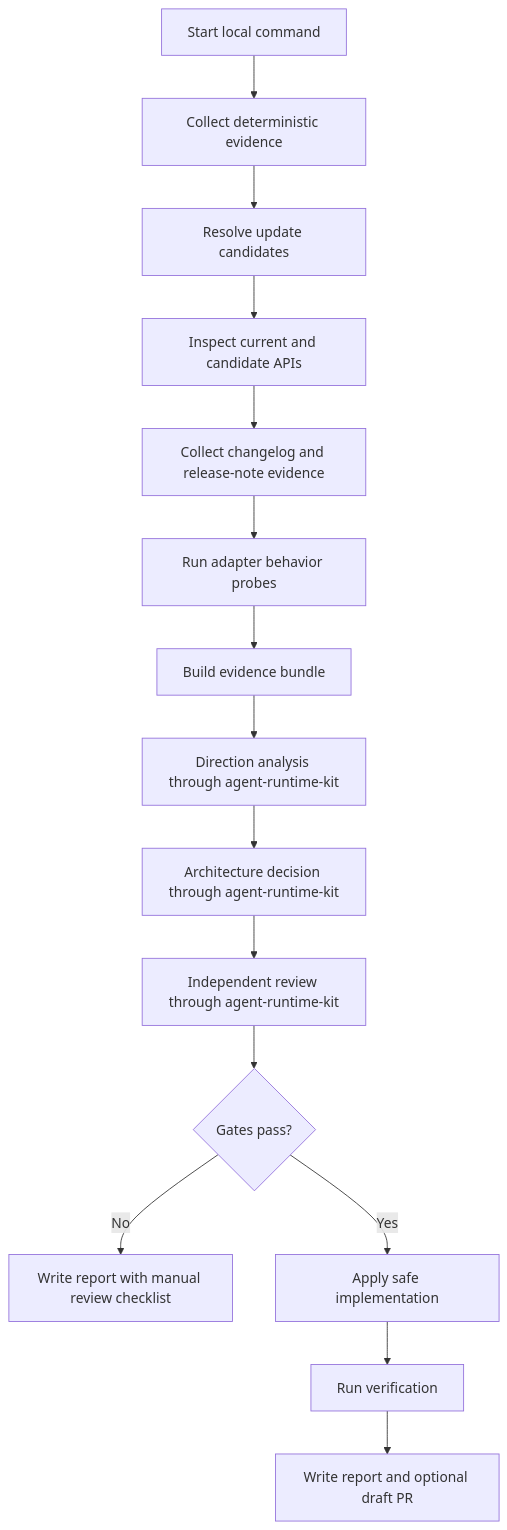
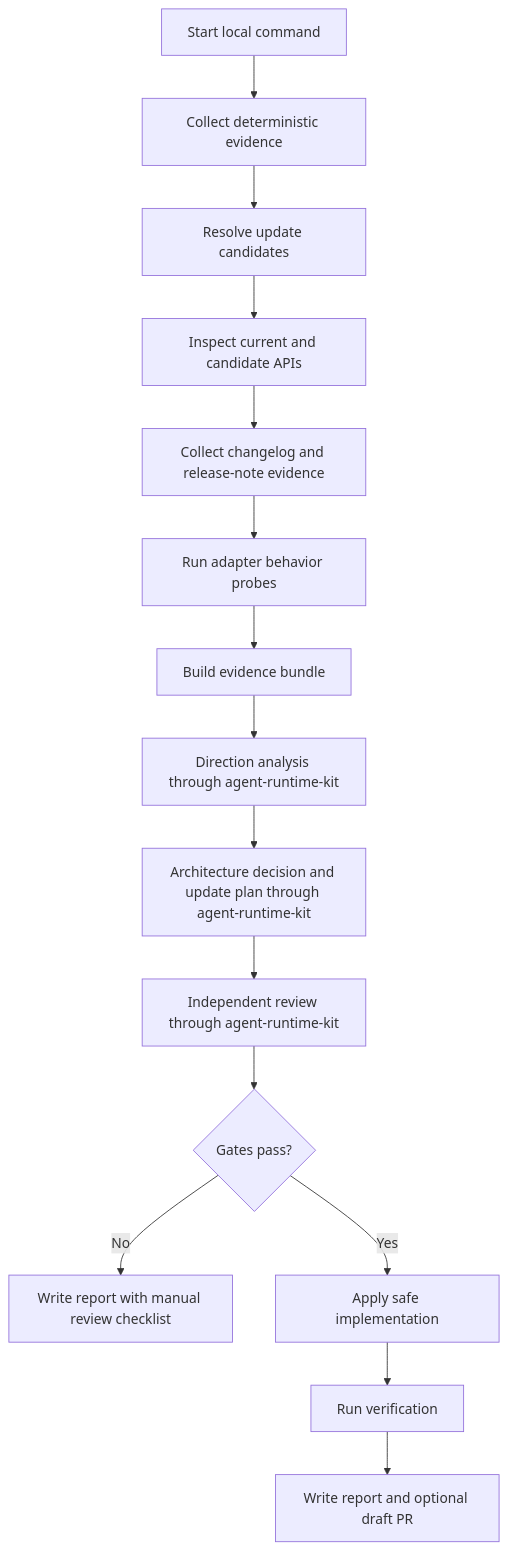
The first of 4 diagrams in docs/sdk-evolution-agent-design.md (ebarti/agent-runtime-kit), drawn with Mermaid before and after one commit. The commit also changed other lines of this file, not shown here.

Commit message:
Explain SDK evolution flow steps

````diff
--- a/docs/sdk-evolution-agent-design.md
+++ b/docs/sdk-evolution-agent-design.md
@@ -50,17 +50,17 @@
 ```mermaid
 flowchart TD
     A["Start local command"] --> B["Collect deterministic evidence"]
     B --> C["Resolve update candidates"]
     C --> D["Inspect current and candidate APIs"]
     D --> E["Collect changelog and release-note evidence"]
     E --> F["Run adapter behavior probes"]
     F --> G["Build evidence bundle"]
     G --> H["Direction analysis through agent-runtime-kit"]
-    H --> I["Architecture decision through agent-runtime-kit"]
+    H --> I["Architecture decision and update plan through agent-runtime-kit"]
     I --> J["Independent review through agent-runtime-kit"]
     J --> K{"Gates pass?"}
     K -- "No" --> L["Write report with manual review checklist"]
     K -- "Yes" --> M["Apply safe implementation"]
     M --> N["Run verification"]
     N --> O["Write report and optional draft PR"]
 ```
````
